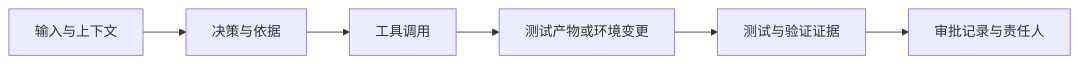
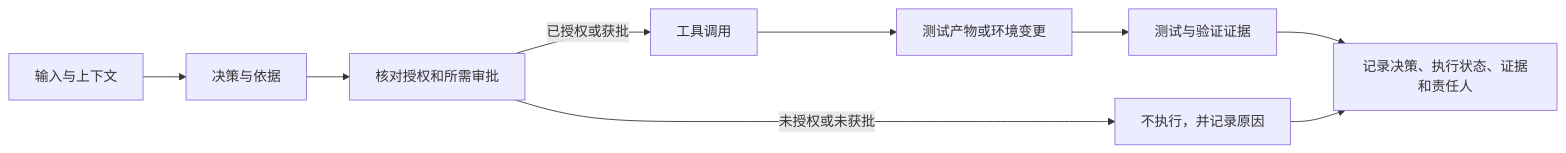
One commit to naodeng/naodeng.com.cn changed the second of 5 diagrams in src/blog/zh-cn/AI-Testing/agentic-ai-governance-testing.mdx. Above: the diagram before and after it, drawn with Mermaid. The commit also changed other lines of this file and 10 other files, not shown here.

Commit message:
docs: review November blog diagrams

````diff
--- a/src/blog/zh-cn/AI-Testing/agentic-ai-governance-testing.mdx
+++ b/src/blog/zh-cn/AI-Testing/agentic-ai-governance-testing.mdx
@@ -118,8 +120,11 @@
 ```mermaid
 flowchart LR
     A[输入与上下文] --> B[决策与依据]
-    B --> C[工具调用]
-    C --> D[测试产物或环境变更]
-    D --> E[测试与验证证据]
-    E --> F[审批记录与责任人]
+    B --> C[核对授权和所需审批]
+    C -->|已授权或获批| D[工具调用]
+    C -->|未授权或未获批| E[不执行，并记录原因]
+    D --> F[测试产物或环境变更]
+    F --> G[测试与验证证据]
+    G --> H[记录决策、执行状态、证据和责任人]
+    E --> H
 ```
````
